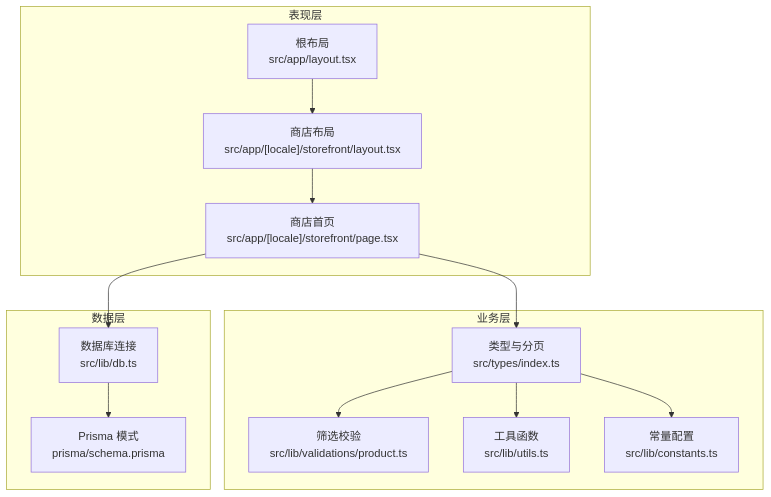
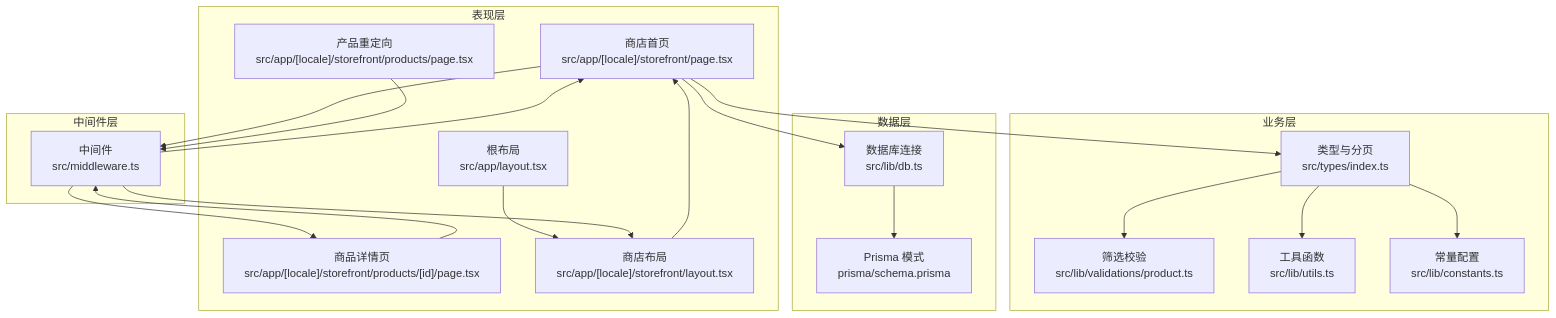
One commit to three3638-arch/celestia_2b changed the second of 8 diagrams in .qoder/repowiki/zh/content/前台商店系统/商品展示系统/商品展示系统.md. Above: the diagram before and after it, drawn with Mermaid. The commit also changed other lines of this file and 25 other files, not shown here.

````diff
--- a/.qoder/repowiki/zh/content/前台商店系统/商品展示系统/商品展示系统.md
+++ b/.qoder/repowiki/zh/content/前台商店系统/商品展示系统/商品展示系统.md
@@ -105,24 +125,35 @@
 ```mermaid
 graph TB
 subgraph "表现层"
 SFP["商店首页<br/>src/app/[locale]/storefront/page.tsx"]
+SDP["商品详情页<br/>src/app/[locale]/storefront/products/[id]/page.tsx"]
+PRP["产品重定向<br/>src/app/[locale]/storefront/products/page.tsx"]
 SL["商店布局<br/>src/app/[locale]/storefront/layout.tsx"]
 RL["根布局<br/>src/app/layout.tsx"]
+end
+subgraph "中间件层"
+MW["中间件<br/>src/middleware.ts"]
 end
 subgraph "业务层"
 TP["类型与分页<br/>src/types/index.ts"]
 VAL["筛选校验<br/>src/lib/validations/product.ts"]
 UT["工具函数<br/>src/lib/utils.ts"]
 CT["常量配置<br/>src/lib/constants.ts"]
 end
 subgraph "数据层"
 DB["数据库连接<br/>src/lib/db.ts"]
 PRISMA["Prisma 模式<br/>prisma/schema.prisma"]
 end
 RL --> SL --> SFP
+SFP --> MW
+SDP --> MW
+PRP --> MW
+MW --> SL
+MW --> SFP
+MW --> SDP
 SFP --> TP
 TP --> VAL
 TP --> UT
 TP --> CT
 SFP --> DB --> PRISMA
 ```
````
